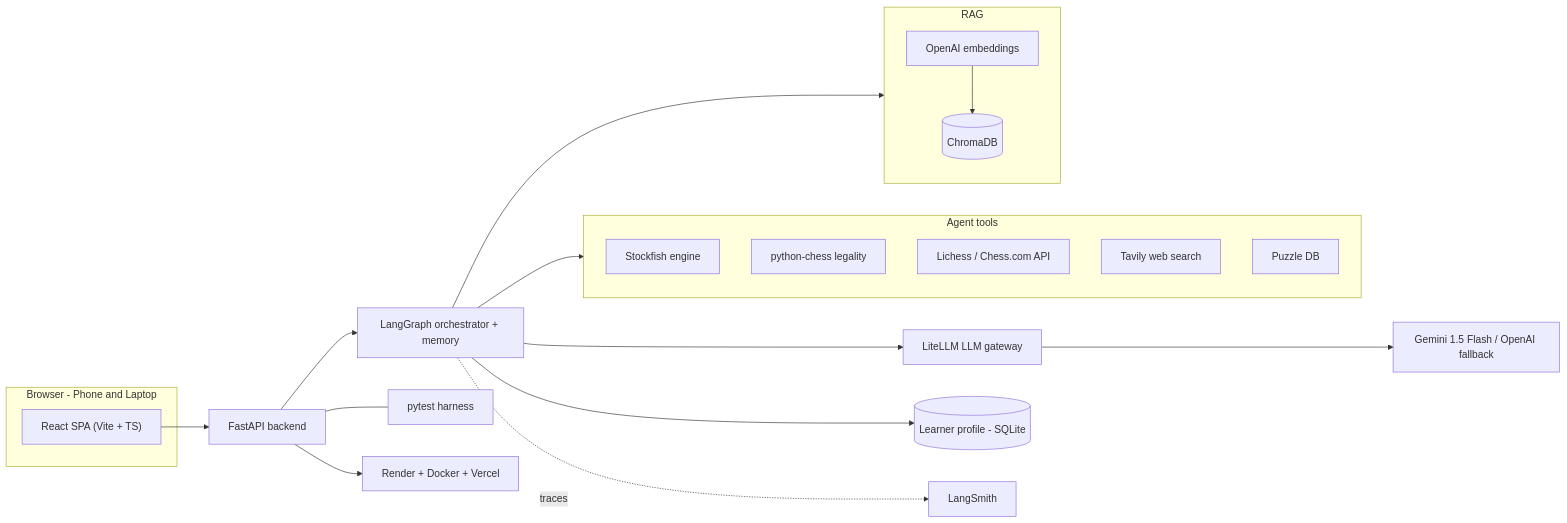
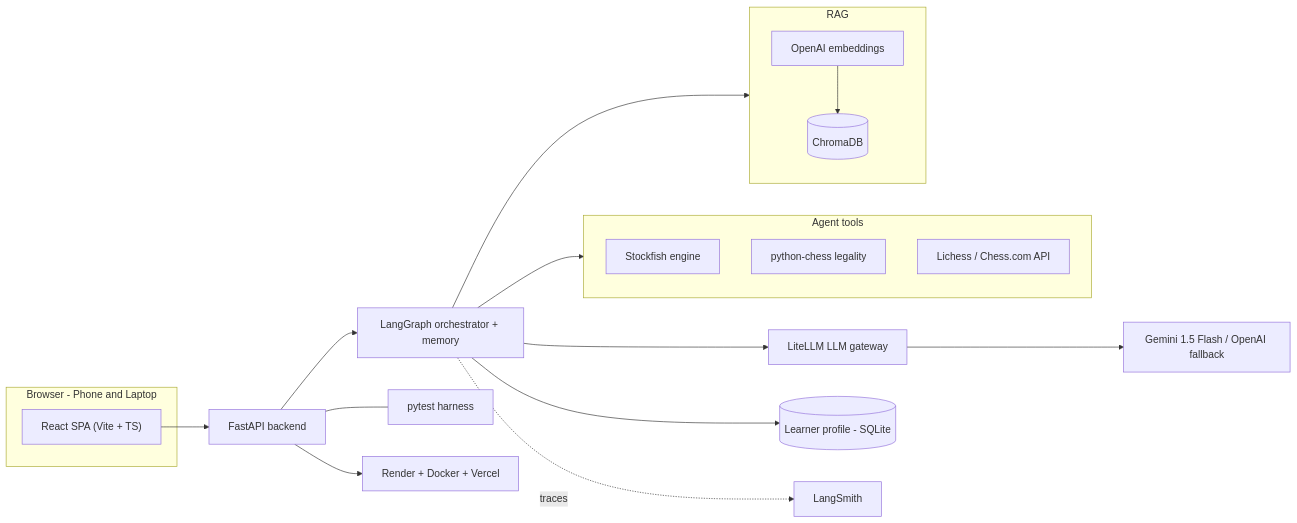
The second of 3 diagrams in docs/Deliverables.md (rakeshnetdev/AIEC01_CERT_CHLG_GRANDMATE), drawn with Mermaid before and after one commit. The commit also changed other lines of this file and 2 other files, not shown here.

Commit message:
docs: remove Tavily and Puzzle DB from active architecture and move to next steps

````diff
--- a/docs/Deliverables.md
+++ b/docs/Deliverables.md
@@ -65,26 +65,24 @@
 ```mermaid
 flowchart LR
     subgraph Client["Browser - Phone and Laptop"]
       UI["React SPA (Vite + TS)"]
     end
     UI --> API["FastAPI backend"]
     API --> ORCH["LangGraph orchestrator + memory"]
     ORCH --> GW["LiteLLM LLM gateway"]
     GW --> LLM["Gemini 1.5 Flash / OpenAI fallback"]
     ORCH --> MEM[("Learner profile - SQLite")]
     subgraph TOOLS["Agent tools"]
       SF["Stockfish engine"]
       PC["python-chess legality"]
       LI["Lichess / Chess.com API"]
-      TV["Tavily web search"]
-      PZ["Puzzle DB"]
     end
     ORCH --> TOOLS
     subgraph RAGSYS["RAG"]
       EMB["OpenAI embeddings"] --> VDB[("ChromaDB")]
     end
     ORCH --> RAGSYS
     ORCH -. "traces" .-> MON["LangSmith"]
     API --- EVAL["pytest harness"]
     API --> DEP["Render + Docker + Vercel"]
 ```
````
